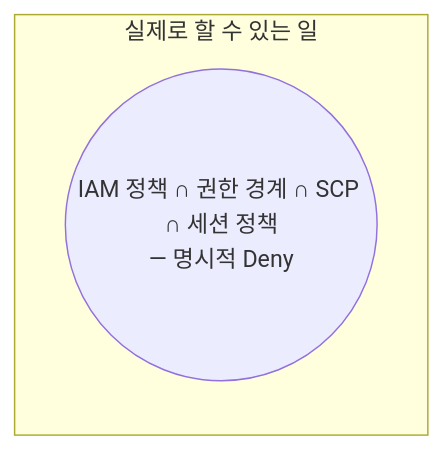
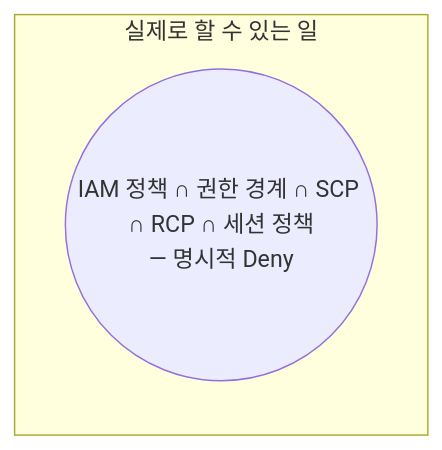
Before and after one commit to Ring-wdr/aws-newbie-guide: the second of 2 diagrams in curriculum/m01-iam-identity/03-policy-evaluation.md, drawn with Mermaid. The commit also changed other lines of this file and 6 other files, not shown here.

````diff
--- a/curriculum/m01-iam-identity/03-policy-evaluation.md
+++ b/curriculum/m01-iam-identity/03-policy-evaluation.md
@@ -51,6 +54,6 @@
 ```mermaid
 flowchart LR
   subgraph 최종["실제로 할 수 있는 일"]
-    X(("IAM 정책 ∩ 권한 경계 ∩ SCP ∩ 세션 정책<br/>— 명시적 Deny"))
+    X(("IAM 정책 ∩ 권한 경계 ∩ SCP ∩ RCP ∩ 세션 정책<br/>— 명시적 Deny"))
   end
 ```
````
